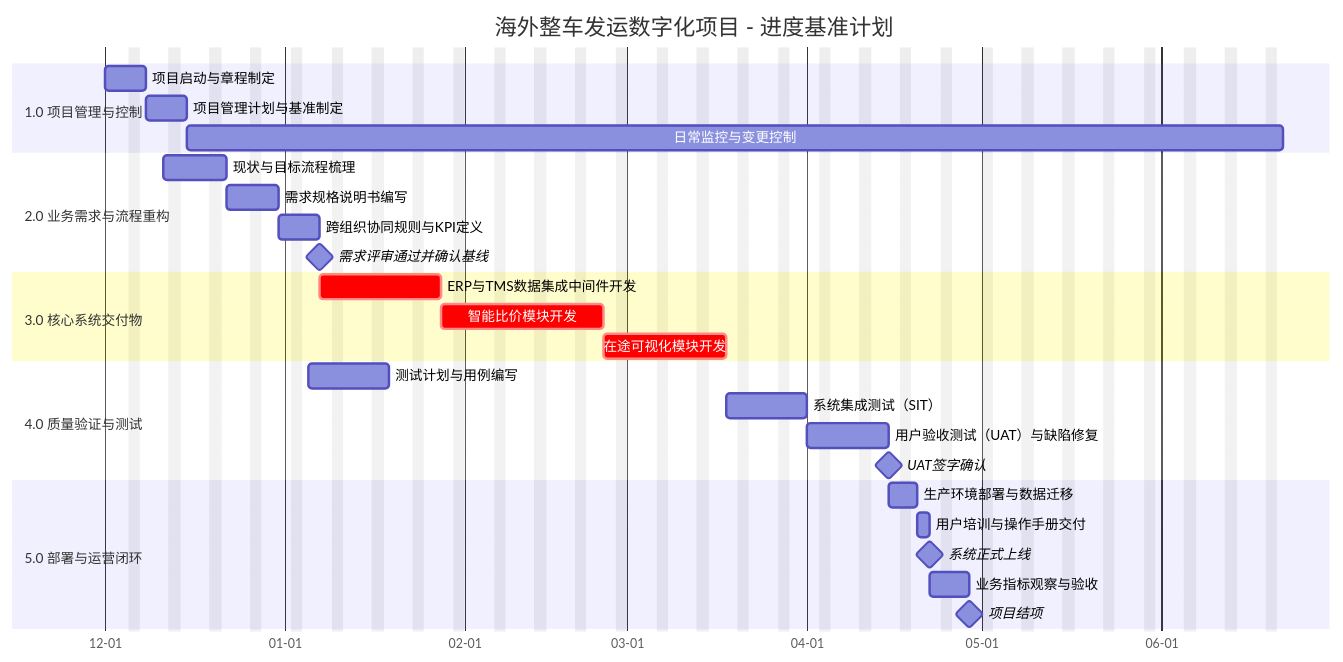
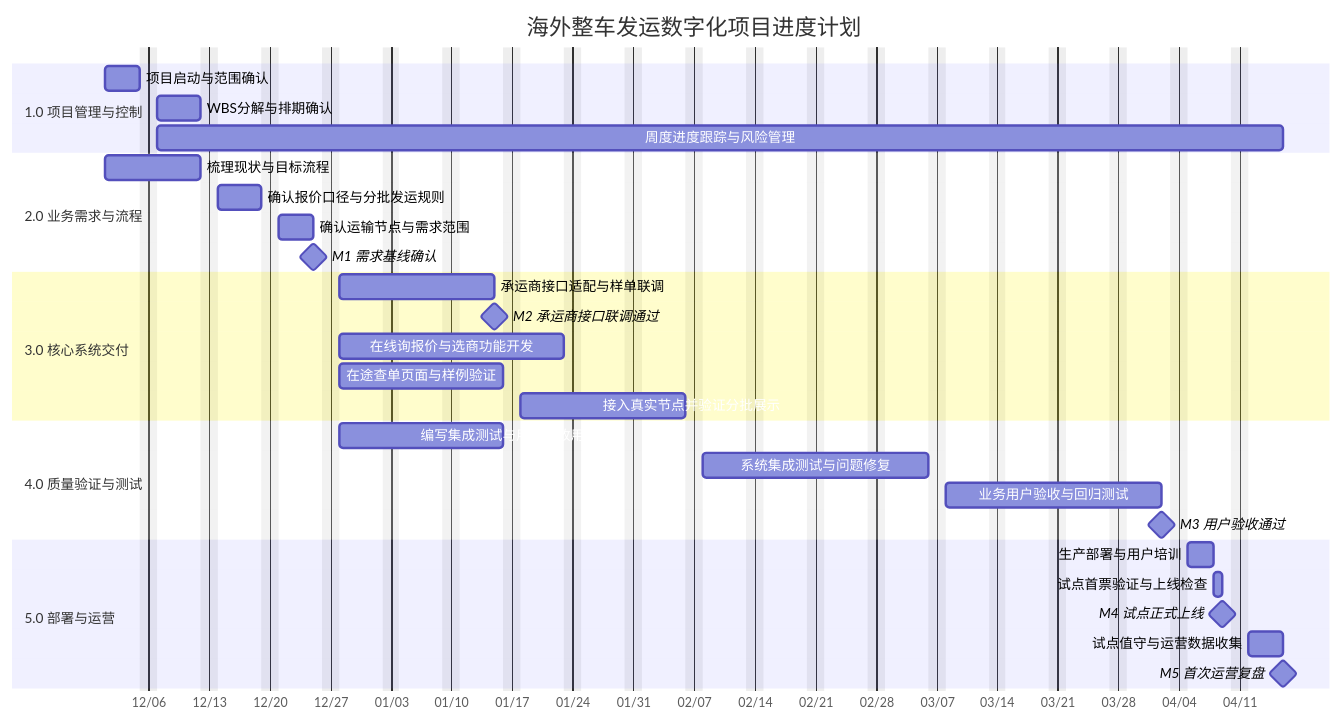
The diagram in schedule.md (xinyueli106-maker/overseas-shipping-pm), drawn with Mermaid before and after one commit. The commit also changed other lines of this file, not shown here.

````diff
--- a/schedule.md
+++ b/schedule.md
@@ -1,36 +5,39 @@
 ```mermaid
 gantt
-    title 海外整车发运数字化项目 - 进度基准计划
+    title 海外整车发运数字化项目进度计划
     dateFormat YYYY-MM-DD
-    axisFormat %m-%d
+    axisFormat %m/%d
     excludes weekends
+    todayMarker off
 
     section 1.0 项目管理与控制
-    项目启动与章程制定           :p1_1, 2026-12-01, 5d
-    项目管理计划与基准制定       :p1_2, after p1_1, 5d
-    日常监控与变更控制           :p1_3, after p1_2, until m3
+    项目启动与范围确认           :pm1, 2026-12-01, 4d
+    WBS分解与排期确认            :pm2, 2026-12-07, 5d
+    周度进度跟踪与风险管理       :pm3, 2026-12-07, 2027-04-16
 
-    section 2.0 业务需求与流程重构
-    现状与目标流程梳理           :req1, 2026-12-11, 7d
-    需求规格说明书编写           :req2, after req1, 7d
-    跨组织协同规则与KPI定义      :req3, after req2, 5d
-    需求评审通过并确认基线       :milestone, m1, after req3, 0d
+    section 2.0 业务需求与流程
+    梳理现状与目标流程           :req1, 2026-12-01, 9d
+    确认报价口径与分批发运规则   :req2, 2026-12-14, 5d
+    确认运输节点与需求范围       :req3, 2026-12-21, 4d
+    M1 需求基线确认              :milestone, m1, after req3, 0d
 
-    section 3.0 核心系统交付物
-    ERP与TMS数据集成中间件开发   :crit, dev1, after m1, 15d
-    智能比价模块开发             :crit, dev2, after dev1, 20d
-    在途可视化模块开发           :crit, dev3, after dev2, 15d
+    section 3.0 核心系统交付
+    承运商接口适配与样单联调     :api, 2026-12-28, 14d
+    M2 承运商接口联调通过        :milestone, m2, after api, 0d
+    在线询报价与选商功能开发     :quote, 2026-12-28, 20d
+    在途查单页面与样例验证       :track1, 2026-12-28, 15d
+    接入真实节点并验证分批展示   :track2, after m2 track1, 15d
 
     section 4.0 质量验证与测试
-    测试计划与用例编写           :test1, 2027-01-05, 10d
-    系统集成测试（SIT）          :test2, after dev3 test1, 10d
-    用户验收测试（UAT）与缺陷修复 :test3, after test2, 10d
-    UAT签字确认                  :milestone, m2, after test3, 0d
+    编写集成测试与用户验收用例   :qa1, 2026-12-28, 15d
+    系统集成测试与问题修复       :sit, after quote track2 qa1, 20d
+    业务用户验收与回归测试       :uat, after sit, 19d
+    M3 用户验收通过              :milestone, m3, after uat, 0d
 
-    section 5.0 部署与运营闭环
-    生产环境部署与数据迁移       :dep1, after m2, 3d
-    用户培训与操作手册交付       :dep2, after dep1, 2d
-    系统正式上线                 :milestone, live, after dep2, 0d
-    业务指标观察与验收           :dep3, after live, 5d
-    项目结项                     :milestone, m3, after dep3, 0d
+    section 5.0 部署与运营
+    生产部署与用户培训           :deploy, 2027-04-05, 3d
+    试点首票验证与上线检查       :pilot, after deploy, 1d
+    M4 试点正式上线              :milestone, m4, after pilot, 0d
+    试点值守与运营数据收集       :ops, 2027-04-12, 4d
+    M5 首次运营复盘              :milestone, m5, after ops, 0d
 ```
````
